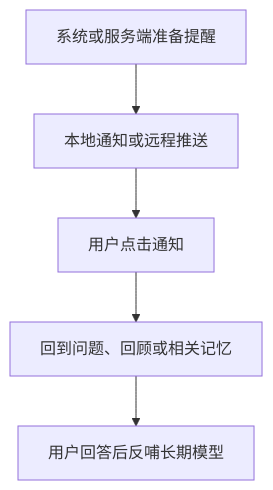
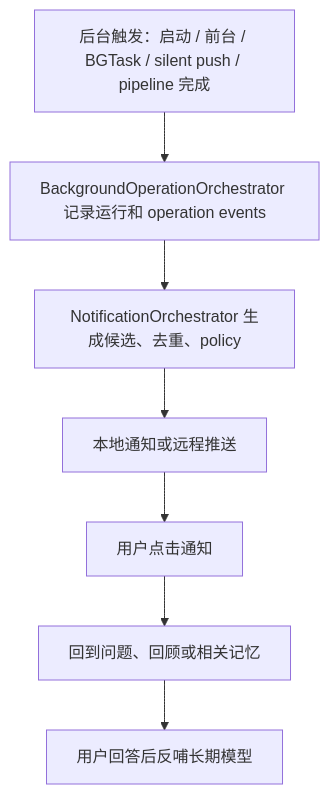
The seventh of 7 diagrams in docs/mory_system_handbook_zh/03_user_journeys.md (daaihang/sprout), drawn with Mermaid before and after one commit. The commit also changed other lines of this file and 90 other files, not shown here.

````diff
--- a/docs/mory_system_handbook_zh/03_user_journeys.md
+++ b/docs/mory_system_handbook_zh/03_user_journeys.md
@@ -135,7 +135,9 @@
 ```mermaid
 flowchart TD
-    A["系统或服务端准备提醒"] --> B["本地通知或远程推送"]
-    B --> C["用户点击通知"]
-    C --> D["回到问题、回顾或相关记忆"]
-    D --> E["用户回答后反哺长期模型"]
+    A["后台触发：启动 / 前台 / BGTask / silent push / pipeline 完成"] --> B["BackgroundOperationOrchestrator 记录运行和 operation events"]
+    B --> C["NotificationOrchestrator 生成候选、去重、policy"]
+    C --> D["本地通知或远程推送"]
+    D --> E["用户点击通知"]
+    E --> F["回到问题、回顾或相关记忆"]
+    F --> G["用户回答后反哺长期模型"]
 ```
````
